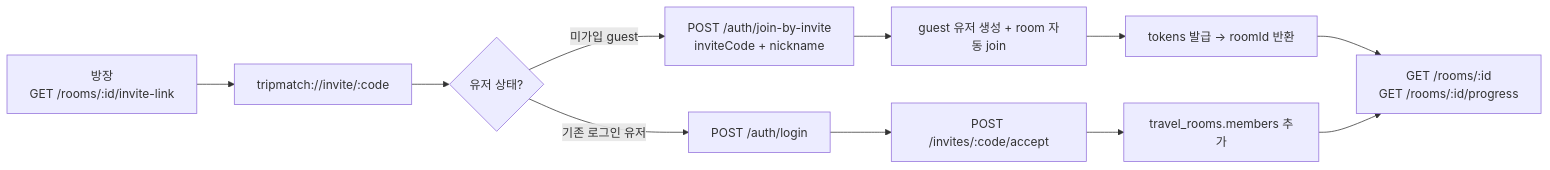
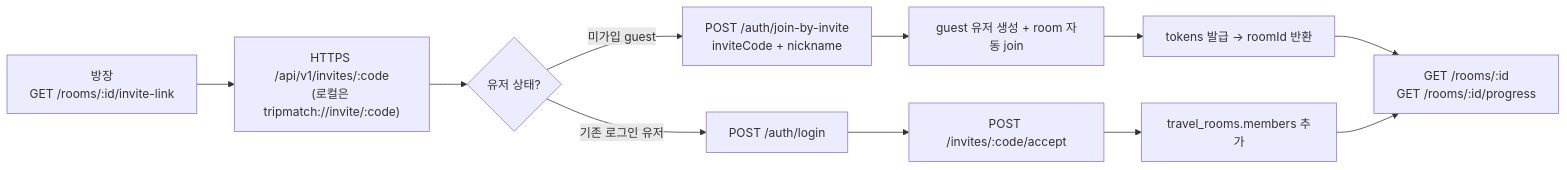
The fourth of 6 diagrams in API_FLOW.md (travel-route-recommender/Backend), drawn with Mermaid before and after one commit. The commit also changed other lines of this file and 89 other files, not shown here.

````diff
--- a/API_FLOW.md
+++ b/API_FLOW.md
@@ -184,16 +186,16 @@
 ```mermaid
 flowchart LR
-    OWNER["방장<br/>GET /rooms/:id/invite-link"] --> LINK["tripmatch://invite/:code"]
+    OWNER["방장<br/>GET /rooms/:id/invite-link"] --> LINK["HTTPS /api/v1/invites/:code<br/>(로컬은 tripmatch://invite/:code)"]
 
     LINK --> BRANCH{유저 상태?}
 
     BRANCH -->|미가입 guest| G1["POST /auth/join-by-invite<br/>inviteCode + nickname"]
     G1 --> G2["guest 유저 생성 + room 자동 join"]
     G2 --> G3["tokens 발급 → roomId 반환"]
 
     BRANCH -->|기존 로그인 유저| L1["POST /auth/login"]
     L1 --> L2["POST /invites/:code/accept"]
     L2 --> L3["travel_rooms.members 추가"]
 
     G3 & L3 --> ROOM["GET /rooms/:id<br/>GET /rooms/:id/progress"]
 ```
````
